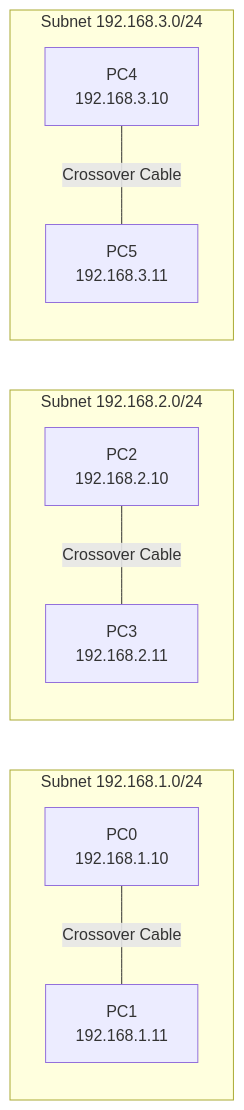
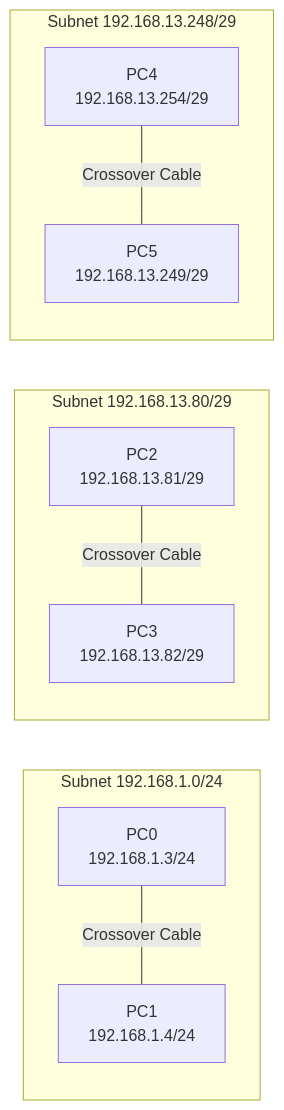
One commit to ertval/deep-in-net changed the first of 9 diagrams in README.md. Above: the diagram before and after it, drawn with Mermaid. The commit also changed other lines of this file and 13 other files, not shown here.

````diff
--- a/README.md
+++ b/README.md
@@ -151,12 +152,12 @@
 ```mermaid
 graph LR
     subgraph Pair 1 [Subnet 192.168.1.0/24]
-        PC0["PC0<br/>192.168.1.10"] ---|Crossover Cable| PC1["PC1<br/>192.168.1.11"]
+        PC0["PC0<br/>192.168.1.3/24"] ---|Crossover Cable| PC1["PC1<br/>192.168.1.4/24"]
     end
-    subgraph Pair 2 [Subnet 192.168.2.0/24]
-        PC2["PC2<br/>192.168.2.10"] ---|Crossover Cable| PC3["PC3<br/>192.168.2.11"]
+    subgraph Pair 2 [Subnet 192.168.13.80/29]
+        PC2["PC2<br/>192.168.13.81/29"] ---|Crossover Cable| PC3["PC3<br/>192.168.13.82/29"]
     end
-    subgraph Pair 3 [Subnet 192.168.3.0/24]
-        PC4["PC4<br/>192.168.3.10"] ---|Crossover Cable| PC5["PC5<br/>192.168.3.11"]
+    subgraph Pair 3 [Subnet 192.168.13.248/29]
+        PC4["PC4<br/>192.168.13.254/29"] ---|Crossover Cable| PC5["PC5<br/>192.168.13.249/29"]
     end
 ```
````
